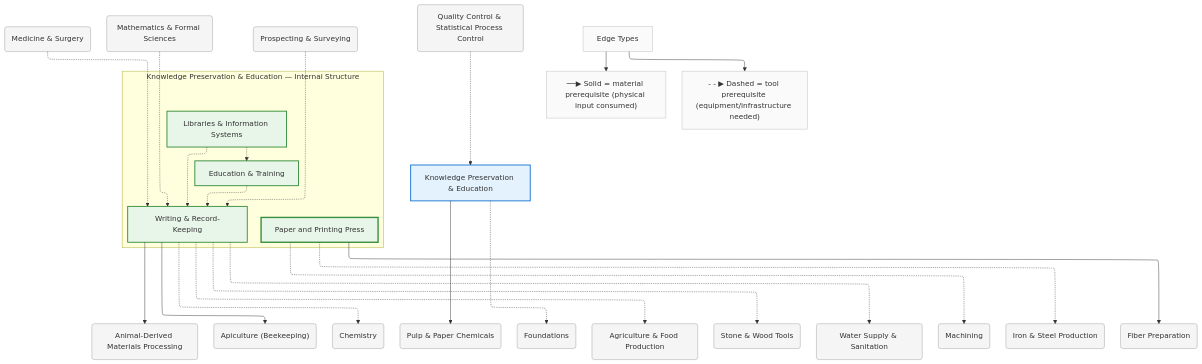
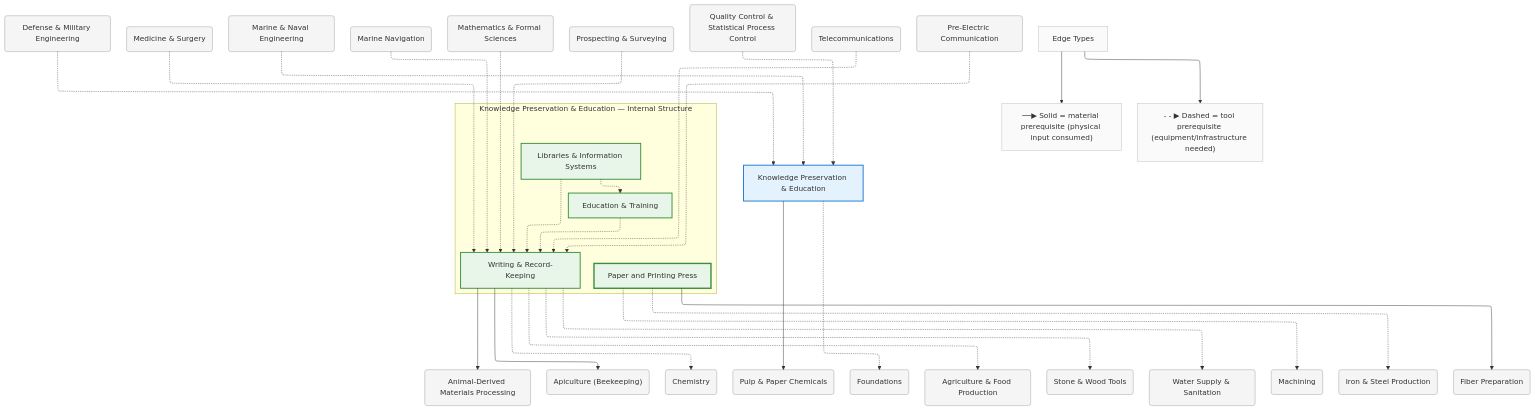
The diagram in diagrams/mermaid/knowledge.mmd (egofree/TechTree), drawn with Mermaid before and after one commit. The commit also changed 47 other files, not shown here.

First line of the commit message:
feat(domains): populate 5 stub domains — construction, defense, food-processing, marine, telecom

```diff
--- a/diagrams/mermaid/knowledge.mmd
+++ b/diagrams/mermaid/knowledge.mmd
@@ -1,88 +1,103 @@
 %%{init: {"flowchart": {"defaultRenderer": "elk", "htmlLabels": true}}}%%
 graph TD
     %% Domain: Knowledge Preservation & Education
 
     %% ==================== INTERNAL NODES ====================
     subgraph knowledge_internal ["Knowledge Preservation & Education — Internal Structure"]
         direction TB
         knowledge_writing["Writing & Record-Keeping"]
         knowledge_education["Education & Training"]
         knowledge_libraries["Libraries & Information Systems"]
         knowledge_printing["Paper and Printing Press"]
     end
 
     %% ==================== DOMAIN NODE ====================
     knowledge["Knowledge Preservation & Education"]
 
     %% ==================== EXTERNAL DEPENDENCIES ====================
     animals_animal-materials("Animal-Derived Materials Processing")
     animals_beekeeping("Apiculture (Beekeeping)")
     chemistry("Chemistry")
     chemistry_pulp-chemicals("Pulp & Paper Chemicals")
+    defense("Defense & Military Engineering")
     foundations("Foundations")
     foundations_food-agriculture("Agriculture & Food Production")
     foundations_tools-basic("Stone & Wood Tools")
     health_medicine("Medicine & Surgery")
     health_sanitation("Water Supply & Sanitation")
     machine-tools_machining("Machining")
+    marine("Marine & Naval Engineering")
+    marine_navigation("Marine Navigation")
     mathematics("Mathematics & Formal Sciences")
     metals_iron-steel("Iron & Steel Production")
     mining_prospecting("Prospecting & Surveying")
     quality-control("Quality Control & Statistical Process Control")
+    telecom("Telecommunications")
+    telecom_pre-electric("Pre-Electric Communication")
     textiles_fibers("Fiber Preparation")
 
     %% ==================== EDGES ====================
     knowledge_education -.-> knowledge_writing
     knowledge_libraries -.-> knowledge_writing
     knowledge_libraries -.-> knowledge_education
     knowledge -.-> foundations
     knowledge_writing -.-> foundations_tools-basic
     knowledge_writing -.-> foundations_food-agriculture
     health_medicine -.-> knowledge_writing
     mining_prospecting -.-> knowledge_writing
     knowledge_printing -.-> metals_iron-steel
     knowledge_printing --> textiles_fibers
     knowledge_printing -.-> machine-tools_machining
     knowledge_writing -.-> chemistry
     knowledge_writing -.-> health_sanitation
     knowledge --> chemistry_pulp-chemicals
     knowledge_writing --> animals_animal-materials
     knowledge_writing --> animals_beekeeping
     mathematics -.-> knowledge_writing
     quality-control -.-> knowledge
+    defense -.-> knowledge
+    telecom -.-> knowledge_writing
+    telecom_pre-electric -.-> knowledge_writing
+    marine -.-> knowledge
+    marine_navigation -.-> knowledge_writing
 
     %% ==================== EDGE TYPE LEGEND ====================
     EdgeLegend["Edge Types"]
     EdgeLegend --> MatNote["──▶ Solid = material prerequisite (physical input consumed)"]
     EdgeLegend --> ToolNote["- - ▶ Dashed = tool prerequisite (equipment/infrastructure needed)"]
 
     %% ==================== STYLING ====================
     classDef domain fill:#e3f2fd,stroke:#1976d2,stroke-width:2px
     classDef capability fill:#e8f5e9,stroke:#388e3c,stroke-width:2px
     classDef process fill:#fff3e0,stroke:#f57c00,stroke-width:2px
     classDef critical fill:#fff3e0,stroke:#f57c00,stroke-width:3px
     classDef earlyWin fill:#e8f5e9,stroke:#388e3c,stroke-width:3px
     classDef pinnacle fill:#fce4ec,stroke:#c62828,stroke-width:3px
     classDef external fill:#f5f5f5,stroke:#9e9e9e,stroke-width:1px
     classDef legend fill:#fafafa,stroke:#bdbdbd,stroke-width:1px
     class knowledge domain
     class knowledge_writing capability
     class knowledge_education capability
     class knowledge_libraries capability
     class knowledge_printing earlyWin
     class animals_animal-materials external
     class animals_beekeeping external
     class chemistry external
     class chemistry_pulp-chemicals external
+    class defense external
     class foundations external
     class foundations_food-agriculture external
     class foundations_tools-basic external
     class health_medicine external
     class health_sanitation external
     class machine-tools_machining external
+    class marine external
+    class marine_navigation external
     class mathematics external
     class metals_iron-steel external
     class mining_prospecting external
     class quality-control external
+    class telecom external
+    class telecom_pre-electric external
     class textiles_fibers external
     class EdgeLegend,MatNote,ToolNote legend
```
